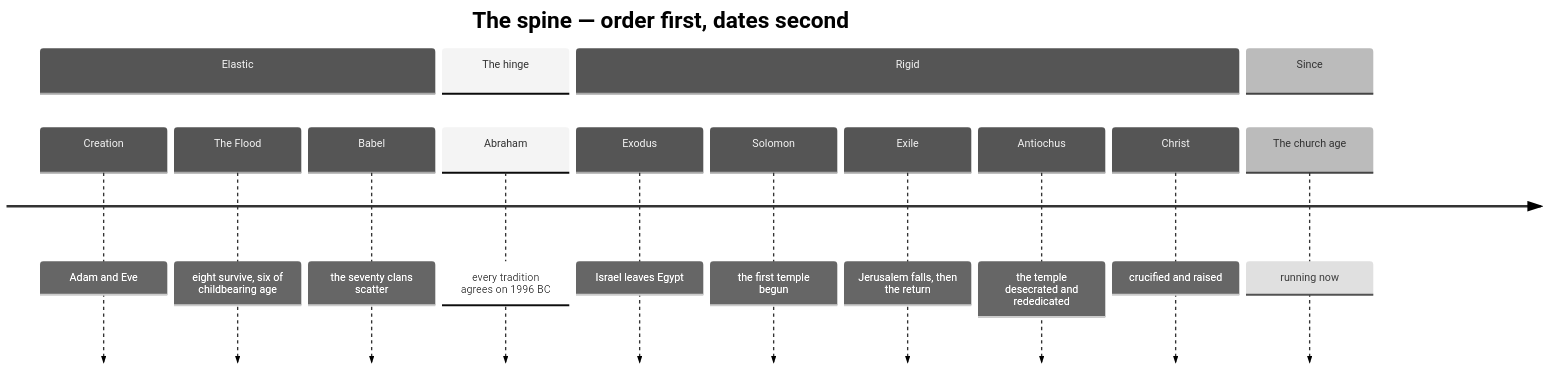
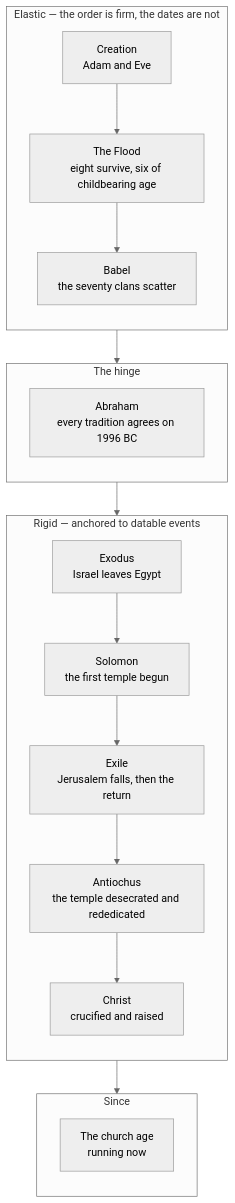
Before and after one commit to ding0t/bible_studies: the second of 3 diagrams in docs/content/last-things/combined-timeline.md, drawn with Mermaid (neutral theme). The commit also changed other lines of this file and 4 other files, not shown here.

````diff
--- a/docs/content/last-things/combined-timeline.md
+++ b/docs/content/last-things/combined-timeline.md
@@ -55,18 +57,26 @@
 ```mermaid
-timeline
-        title The spine — order first, dates second
-        section Elastic
-          Creation : Adam and Eve
-          The Flood : eight survive, six of childbearing age
-          Babel : the seventy clans scatter
-        section The hinge
-          Abraham : every tradition agrees on 1996 BC
-        section Rigid
-          Exodus : Israel leaves Egypt
-          Solomon : the first temple begun
-          Exile : Jerusalem falls, then the return
-          Antiochus : the temple desecrated and rededicated
-          Christ : crucified and raised
-        section Since
-          The church age : running now
+flowchart TD
+    subgraph elastic["Elastic — the order is firm, the dates are not"]
+      direction TB
+      A["Creation<br/>Adam and Eve"] --> B["The Flood<br/>eight survive, six of childbearing age"]
+      B --> C["Babel<br/>the seventy clans scatter"]
+    end
+    subgraph hinge["The hinge"]
+      direction TB
+      D["Abraham<br/>every tradition agrees on 1996 BC"]
+    end
+    subgraph rigid["Rigid — anchored to datable events"]
+      direction TB
+      E["Exodus<br/>Israel leaves Egypt"] --> F["Solomon<br/>the first temple begun"]
+      F --> G["Exile<br/>Jerusalem falls, then the return"]
+      G --> H["Antiochus<br/>the temple desecrated and rededicated"]
+      H --> I["Christ<br/>crucified and raised"]
+    end
+    subgraph since["Since"]
+      direction TB
+      J["The church age<br/>running now"]
+    end
+    elastic --> hinge
+    hinge --> rigid
+    rigid --> since
 ```
````
